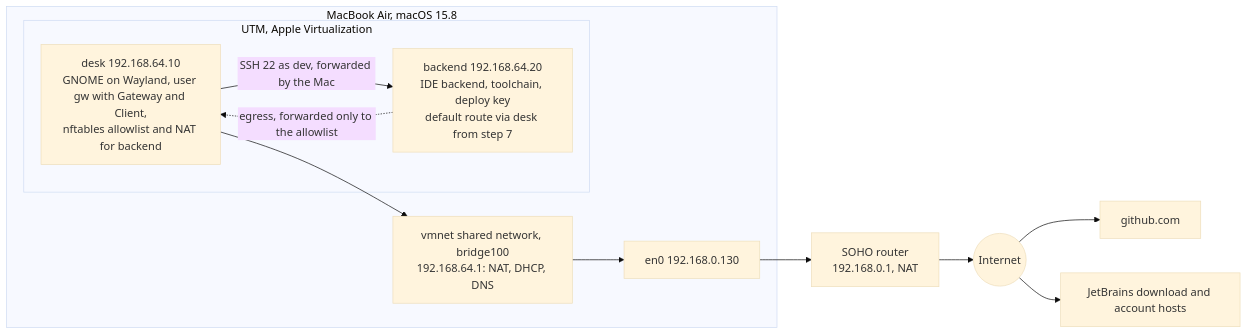
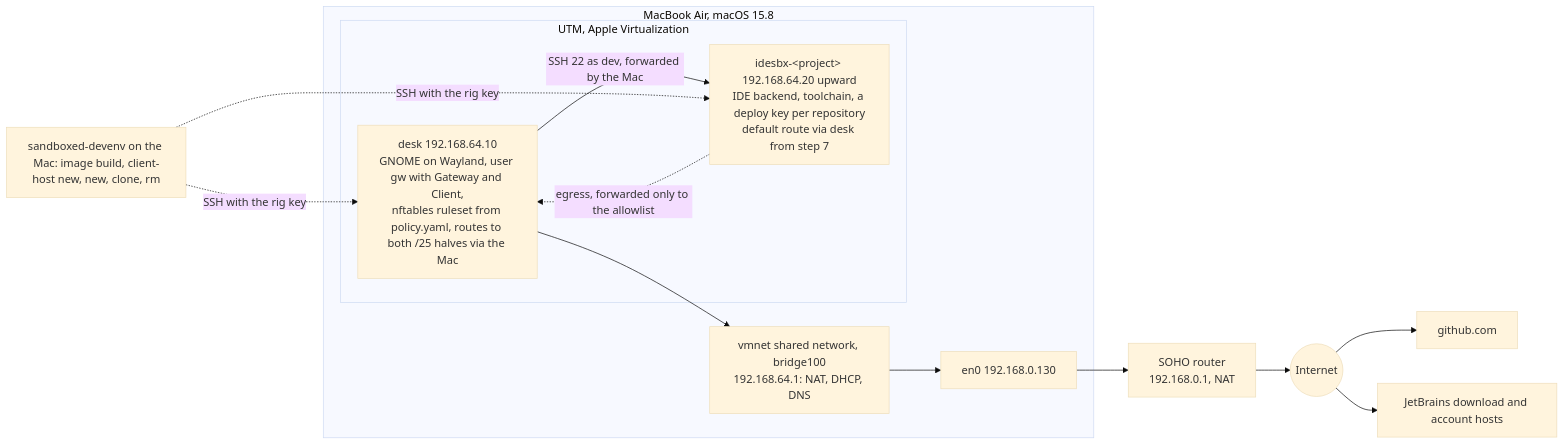
The fourth of 4 diagrams in ide_sandboxing_summary.md (jeffsw/sandboxed_devenv), drawn with Mermaid (base theme) before and after one commit. The commit also changed other lines of this file and 25 other files, not shown here.

````diff
--- a/ide_sandboxing_summary.md
+++ b/ide_sandboxing_summary.md
@@ -544,21 +493,23 @@
 ```mermaid
 flowchart LR
   inet(("Internet"))
   gh["github.com"]
   jb["JetBrains download and account hosts"]
   rt["SOHO router<br/>192.168.0.1, NAT"]
   subgraph mac["MacBook Air, macOS 15.8"]
     en0["en0 192.168.0.130"]
     vmnet["vmnet shared network, bridge100<br/>192.168.64.1: NAT, DHCP, DNS"]
     subgraph utm["UTM, Apple Virtualization"]
-      desk["desk 192.168.64.10<br/>GNOME on Wayland, user gw with Gateway and Client,<br/>nftables allowlist and NAT for backend"]
-      be["backend 192.168.64.20<br/>IDE backend, toolchain, deploy key<br/>default route via desk from step 7"]
+        desk["desk 192.168.64.10<br/>GNOME on Wayland, user gw with Gateway and Client,<br/>nftables ruleset from policy.yaml, routes to both /25 halves via the Mac"]
+      be["idesbx-&lt;project&gt; 192.168.64.20 upward<br/>IDE backend, toolchain, a deploy key per repository<br/>default route via desk from step 7"]
     end
   end
   desk -- "SSH 22 as dev, forwarded by the Mac" --> be
   be -. "egress, forwarded only to the allowlist" .-> desk
+  mac_ctl["sandboxed-devenv on the Mac: image build, client-host new, new, clone, rm"] -. "SSH with the rig key" .-> desk
+  mac_ctl -. "SSH with the rig key" .-> be
   desk --> vmnet
   vmnet --> en0 --> rt --> inet
   inet --> gh
   inet --> jb
 ```
````
